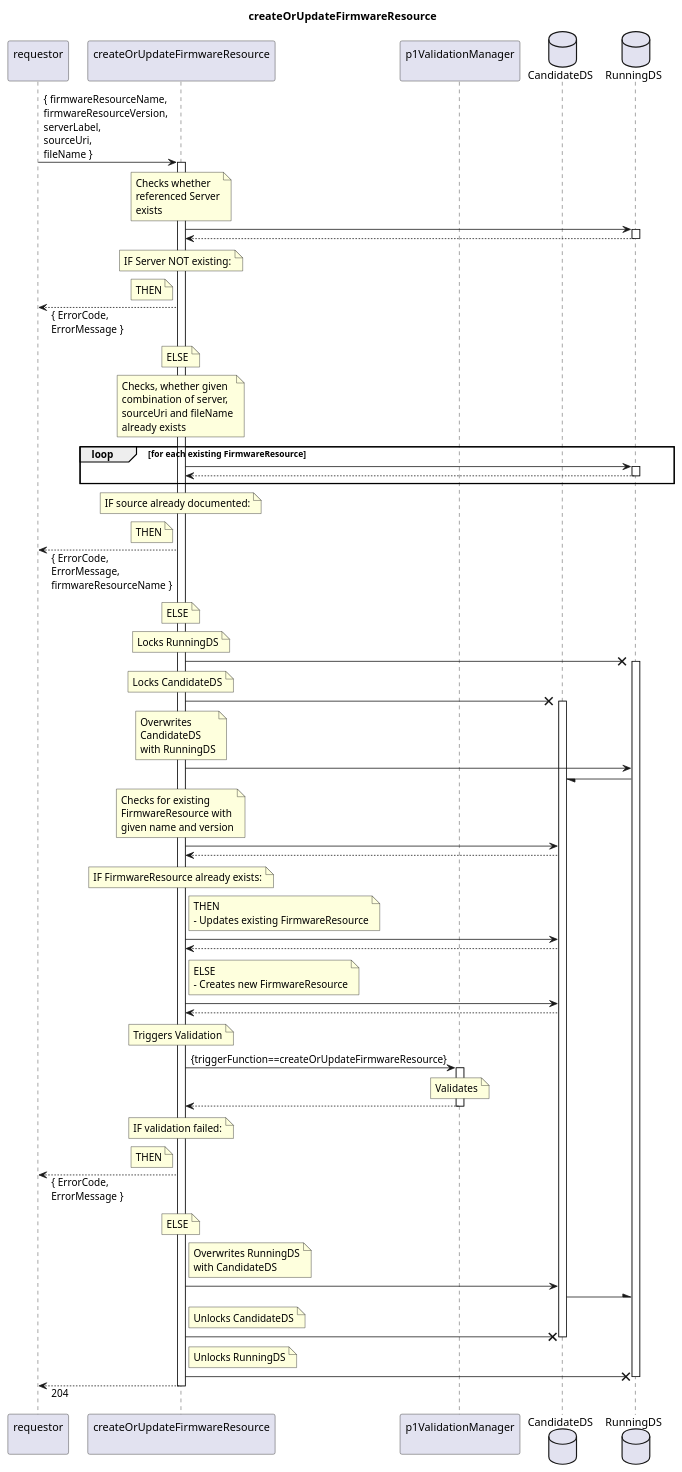
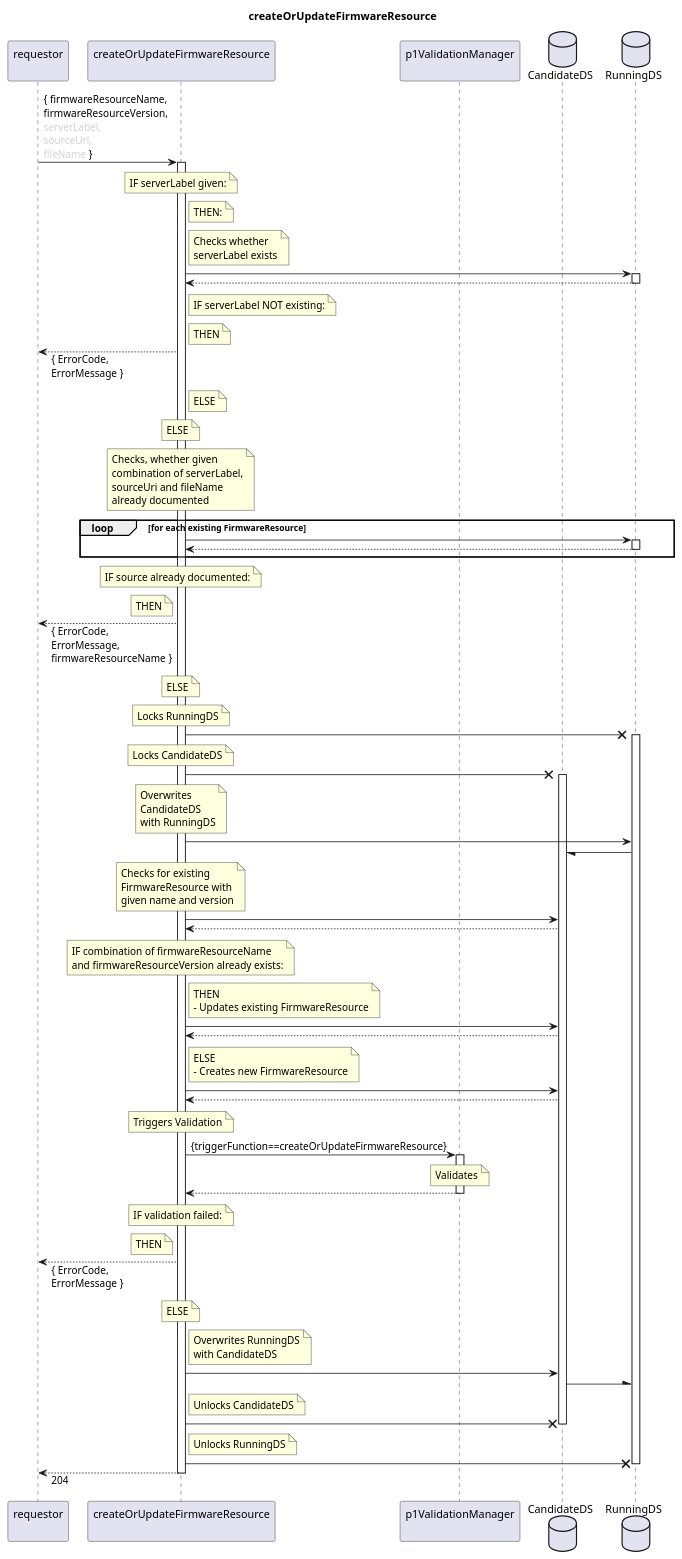
One commit to openBackhaul/FirmWareManager changed the diagram in spec/Services/createOrUpdateFirmwareResource/1.0.0/createOrUpdateFirmwareResource.plantuml. Above: the diagram before and after it, drawn with PlantUML. The commit also changed 18 other files, not shown here.

```diff
--- a/spec/Services/createOrUpdateFirmwareResource/1.0.0/createOrUpdateFirmwareResource.plantuml
+++ b/spec/Services/createOrUpdateFirmwareResource/1.0.0/createOrUpdateFirmwareResource.plantuml
@@ -1,143 +1,152 @@
 @startuml createOrUpdateFirmwareResource
 skinparam responseMessageBelowArrow true
 
 title
   createOrUpdateFirmwareResource
 end title
 
 participant "requestor\n" as requestor
 participant "createOrUpdateFirmwareResource\n" as couFWR
 participant "p1ValidationManager\n" as valiMan
 database "CandidateDS" as CanDS
 database "RunningDS" as RunDS
 
-requestor -> couFWR: { firmwareResourceName,\nfirmwareResourceVersion,\nserverLabel,\nsourceUri,\nfileName }
+requestor -> couFWR: { firmwareResourceName,\nfirmwareResourceVersion,\n<color:LightGray>serverLabel,\n<color:LightGray>sourceUri,\n<color:LightGray>fileName</color> }
 activate couFWR
 
   note over couFWR
+    IF serverLabel given:
+  end note
+  note right couFWR
+    THEN:
+  end note
+  note right couFWR
     Checks whether
-    referenced Server
-    exists
+    serverLabel exists
   end note
   couFWR -> RunDS
   activate RunDS
   couFWR <-- RunDS
   deactivate RunDS
-  note over couFWR
-    IF Server NOT existing:
+  note right couFWR
+    IF serverLabel NOT existing:
   end note
-  note left couFWR
+  note right couFWR
     THEN
   end note
   requestor <-- couFWR: { ErrorCode,\nErrorMessage }
+  note right couFWR
+    ELSE
+  end note
   note over couFWR
     ELSE
   end note
 
   note over couFWR
     Checks, whether given
-    combination of server,
+    combination of serverLabel,
     sourceUri and fileName
-    already exists
+    already documented
   end note
   loop for each existing FirmwareResource
     couFWR -> RunDS
     activate RunDS
     couFWR <-- RunDS
     deactivate RunDS
   end loop
   note over couFWR
     IF source already documented:
   end note
   note left couFWR
     THEN
   end note
   requestor <-- couFWR: { ErrorCode,\nErrorMessage,\nfirmwareResourceName }
   note over couFWR
     ELSE
   end note
 
   note over couFWR
     Locks RunningDS
   end note
   couFWR -X RunDS
   activate RunDS
   note over couFWR
     Locks CandidateDS
   end note
   couFWR -X CanDS
   activate CanDS
   note over couFWR
     Overwrites
     CandidateDS
     with RunningDS
   end note
   couFWR -> RunDS
   RunDS -/ CanDS
 
   note over couFWR
     Checks for existing
     FirmwareResource with
     given name and version
   end note
   couFWR -> CanDS
   couFWR <-- CanDS
   note over couFWR
-    IF FirmwareResource already exists:
+    IF combination of firmwareResourceName
+    and firmwareResourceVersion already exists:
   end note
   note right couFWR
     THEN
     - Updates existing FirmwareResource
   end note
   couFWR -> CanDS
   couFWR <-- CanDS
   note right couFWR
     ELSE
     - Creates new FirmwareResource
   end note
   couFWR -> CanDS
   couFWR <-- CanDS
 
   note over couFWR
     Triggers Validation
   end note
   couFWR -> valiMan: {triggerFunction==createOrUpdateFirmwareResource}
   activate valiMan
     note over valiMan
       Validates
     end note
   couFWR <-- valiMan
   deactivate valiMan
   note over couFWR
     IF validation failed:
   end note
   note left couFWR
     THEN
   end note
   requestor <-- couFWR: { ErrorCode,\nErrorMessage }
   note over couFWR
     ELSE
   end note
 
   note right couFWR
     Overwrites RunningDS
     with CandidateDS
   end note
   couFWR -> CanDS
   CanDS -\ RunDS
   note right couFWR
     Unlocks CandidateDS
   end note
   couFWR -X CanDS
   deactivate CanDS
   note right couFWR
     Unlocks RunningDS
   end note
   couFWR -X RunDS
   deactivate RunDS
 
   requestor <-- couFWR: 204
 
 deactivate couFWR
 
 @enduml
```
